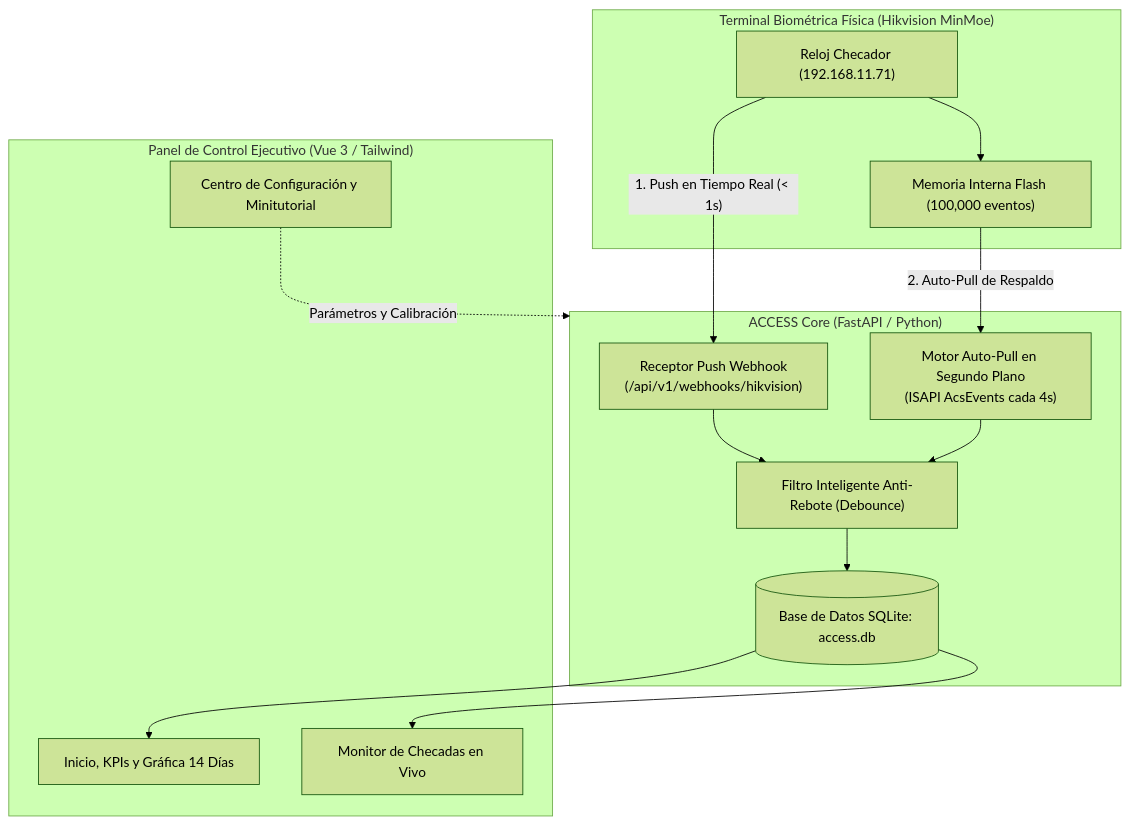
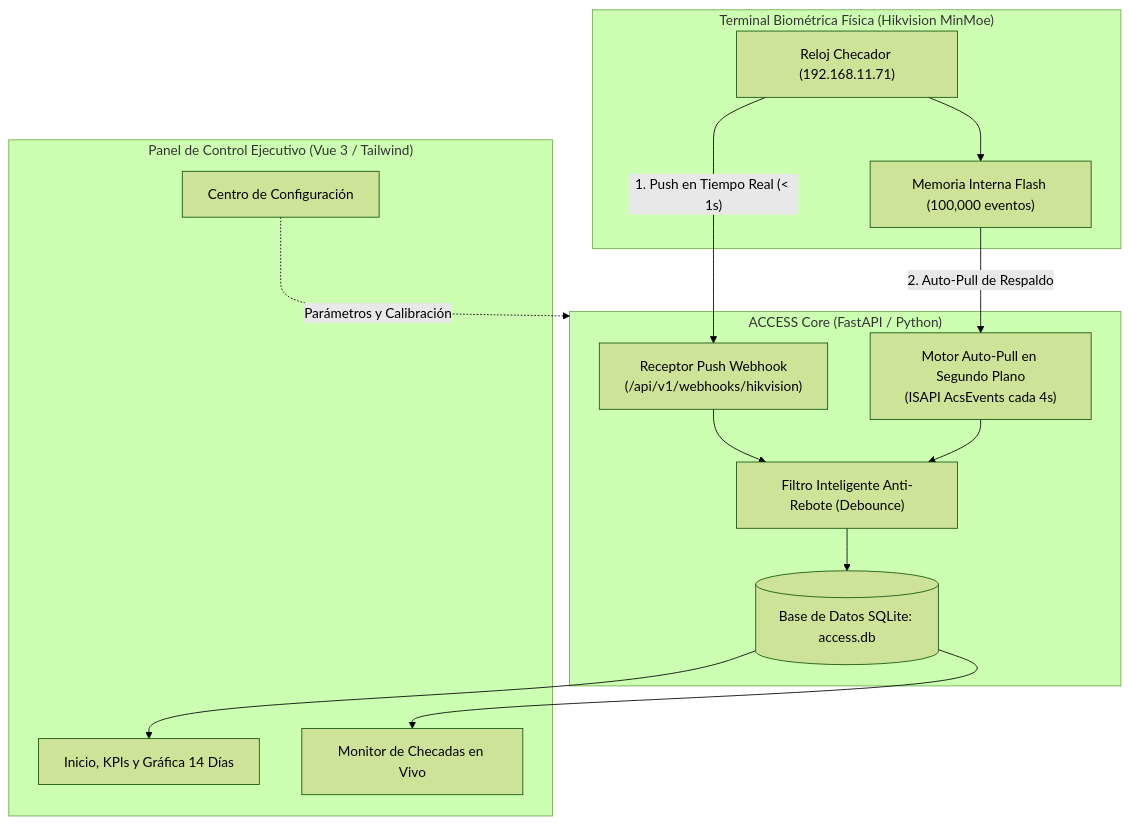
One commit to angggsoft/ACCESS changed the diagram in README.md. Above: the diagram before and after it, drawn with Mermaid (forest theme). The commit also changed other lines of this file and 8 other files, not shown here.

````diff
--- a/README.md
+++ b/README.md
@@ -11,30 +11,30 @@
 ```mermaid
 graph TD
     subgraph Hardware["Terminal Biométrica Física (Hikvision MinMoe)"]
         Terminal["Reloj Checador (192.168.11.71)"]
         Memoria["Memoria Interna Flash (100,000 eventos)"]
     end
 
     subgraph Backend["ACCESS Core (FastAPI / Python)"]
         PushSrv["Receptor Push Webhook<br/>(/api/v1/webhooks/hikvision)"]
         PullSrv["Motor Auto-Pull en Segundo Plano<br/>(ISAPI AcsEvents cada 4s)"]
         Filter["Filtro Inteligente Anti-Rebote (Debounce)"]
         DB[(Base de Datos SQLite: access.db)]
     end
 
     subgraph Frontend["Panel de Control Ejecutivo (Vue 3 / Tailwind)"]
         Dashboard["Inicio, KPIs y Gráfica 14 Días"]
         Monitor["Monitor de Checadas en Vivo"]
-        Config["Centro de Configuración y Minitutorial"]
+        Config["Centro de Configuración"]
     end
 
     Terminal -- "1. Push en Tiempo Real (< 1s)" --> PushSrv
     PushSrv --> Filter
     Terminal --> Memoria
     Memoria -- "2. Auto-Pull de Respaldo" --> PullSrv
     PullSrv --> Filter
     Filter --> DB
     DB --> Dashboard
     DB --> Monitor
     Config -. "Parámetros y Calibración" .-> Backend
 ```
````
